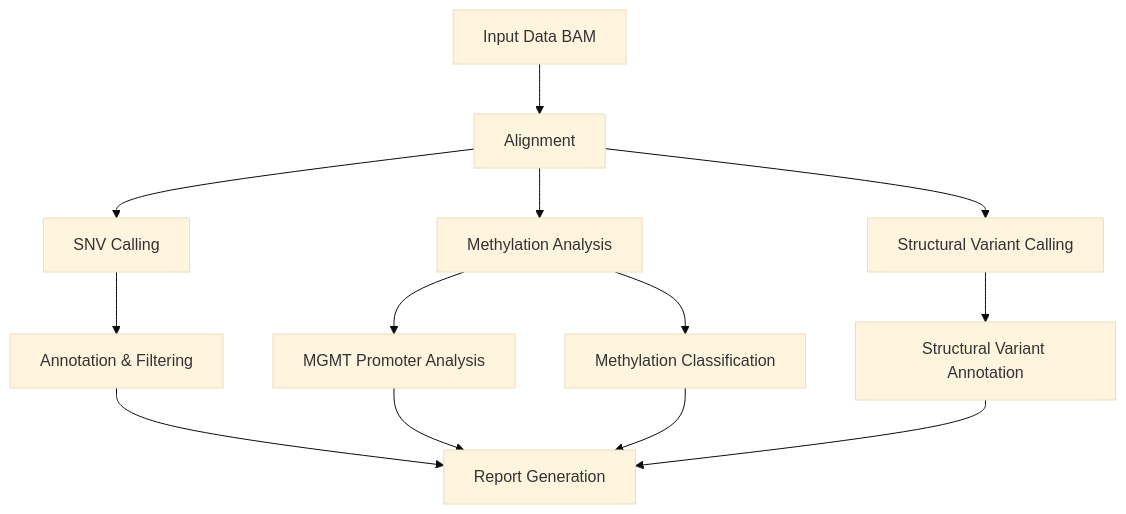
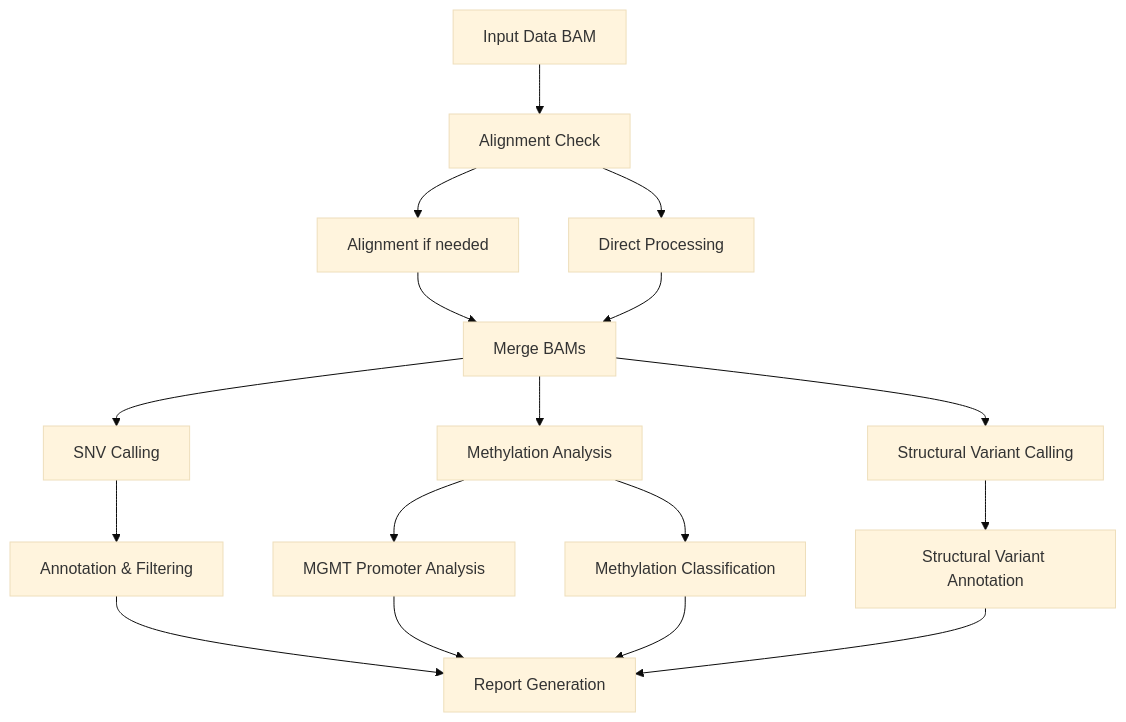
Before and after one commit to areebapatel/Rapid-CNS2_nf: the diagram in README.md, drawn with Mermaid (base theme). The commit also changed other lines of this file and 2 other files, not shown here.

Commit message:
fixed alignment status error

````diff
--- a/README.md
+++ b/README.md
@@ -301,15 +311,19 @@
 ```mermaid
 graph TD
-    A[Input Data BAM] --> B[Alignment]
-    B --> C[SNV Calling]
-    B --> D[Methylation Analysis]
-    B --> I[Structural Variant Calling]
-    C --> E[Annotation & Filtering]
-    D --> F[MGMT Promoter Analysis]
-    D --> G[Methylation Classification]
-    I --> J[Structural Variant Annotation]
-    E --> H[Report Generation]
-    F --> H
-    G --> H
-    J --> H
+    A[Input Data BAM] --> B[Alignment Check]
+    B --> C[Alignment if needed]
+    B --> D[Direct Processing]
+    C --> E[Merge BAMs]
+    D --> E
+    E --> F[SNV Calling]
+    E --> G[Methylation Analysis]
+    E --> H[Structural Variant Calling]
+    F --> I[Annotation & Filtering]
+    G --> J[MGMT Promoter Analysis]
+    G --> K[Methylation Classification]
+    H --> L[Structural Variant Annotation]
+    I --> M[Report Generation]
+    J --> M
+    K --> M
+    L --> M
 ```
````
